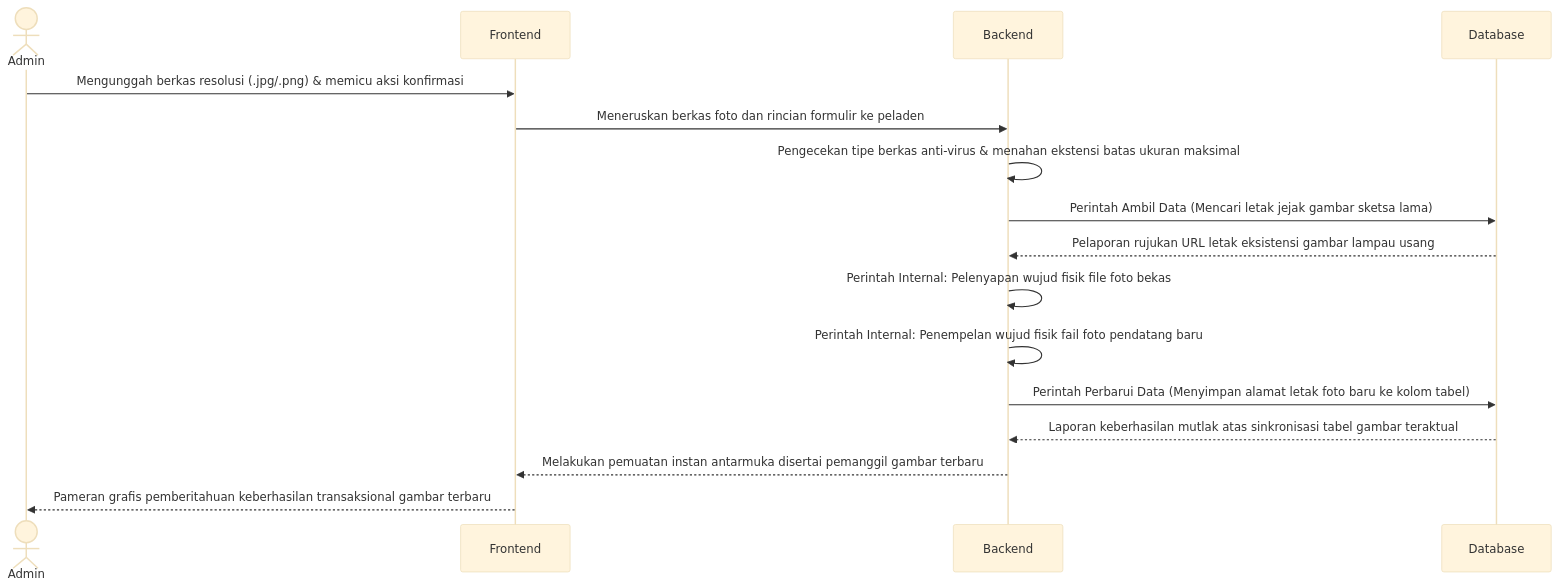
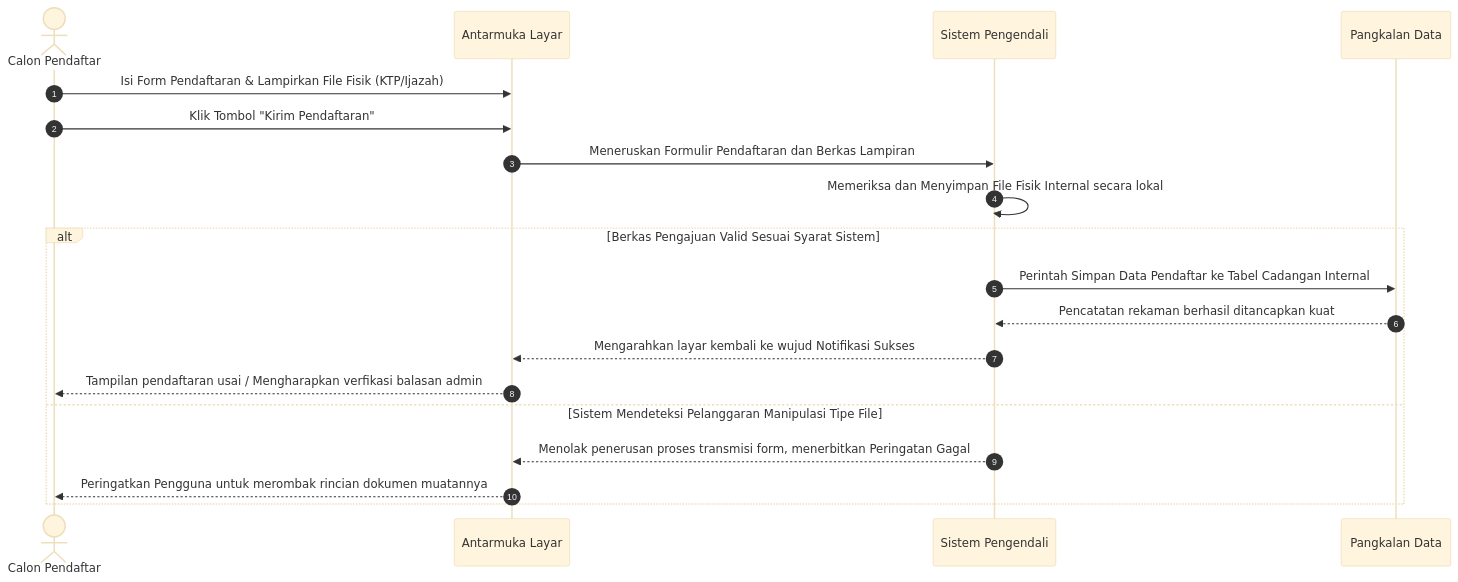
One commit to arbain-dev/Web_fikom changed the seventh of 39 diagrams in docs/02_DIAGRAM_URUTAN_SEQUENCE.md. Above: the diagram before and after it, drawn with Mermaid (base theme). The commit also changed other lines of this file and 4 other files, not shown here.

````diff
--- a/docs/02_DIAGRAM_URUTAN_SEQUENCE.md
+++ b/docs/02_DIAGRAM_URUTAN_SEQUENCE.md
@@ -29,19 +167,23 @@
 ```mermaid
 sequenceDiagram
-    actor Admin
-    participant Frontend as Frontend
-    participant Backend as Backend
-    participant Database as Database
+    autonumber
+    actor User as Calon Pendaftar
+    participant Frontend as Antarmuka Layar
+    participant Backend as Sistem Pengendali
+    participant Database as Pangkalan Data
+
+    User->>Frontend: Isi Form Pendaftaran & Lampirkan File Fisik (KTP/Ijazah)
+    User->>Frontend: Klik Tombol "Kirim Pendaftaran"
+    Frontend->>Backend: Meneruskan Formulir Pendaftaran dan Berkas Lampiran
+    Backend->>Backend: Memeriksa dan Menyimpan File Fisik Internal secara lokal
     
-    Admin->>Frontend: Mengunggah berkas resolusi (.jpg/.png) & memicu aksi konfirmasi
-    Frontend->>Backend: Meneruskan berkas foto dan rincian formulir ke peladen
-    Backend->>Backend: Pengecekan tipe berkas anti-virus & menahan ekstensi batas ukuran maksimal
-    Backend->>Database: Perintah Ambil Data (Mencari letak jejak gambar sketsa lama)
-    Database-->>Backend: Pelaporan rujukan URL letak eksistensi gambar lampau usang
-    Backend->>Backend: Perintah Internal: Pelenyapan wujud fisik file foto bekas
-    Backend->>Backend: Perintah Internal: Penempelan wujud fisik fail foto pendatang baru
-    Backend->>Database: Perintah Perbarui Data (Menyimpan alamat letak foto baru ke kolom tabel)
-    Database-->>Backend: Laporan keberhasilan mutlak atas sinkronisasi tabel gambar teraktual
-    Backend-->>Frontend: Melakukan pemuatan instan antarmuka disertai pemanggil gambar terbaru
-    Frontend-->>Admin: Pameran grafis pemberitahuan keberhasilan transaksional gambar terbaru
+    alt Berkas Pengajuan Valid Sesuai Syarat Sistem
+        Backend->>Database: Perintah Simpan Data Pendaftar ke Tabel Cadangan Internal
+        Database-->>Backend: Pencatatan rekaman berhasil ditancapkan kuat
+        Backend-->>Frontend: Mengarahkan layar kembali ke wujud Notifikasi Sukses
+        Frontend-->>User: Tampilan pendaftaran usai / Mengharapkan verfikasi balasan admin
+    else Sistem Mendeteksi Pelanggaran Manipulasi Tipe File
+        Backend-->>Frontend: Menolak penerusan proses transmisi form, menerbitkan Peringatan Gagal
+        Frontend-->>User: Peringatkan Pengguna untuk merombak rincian dokumen muatannya
+    end
 ```
````
